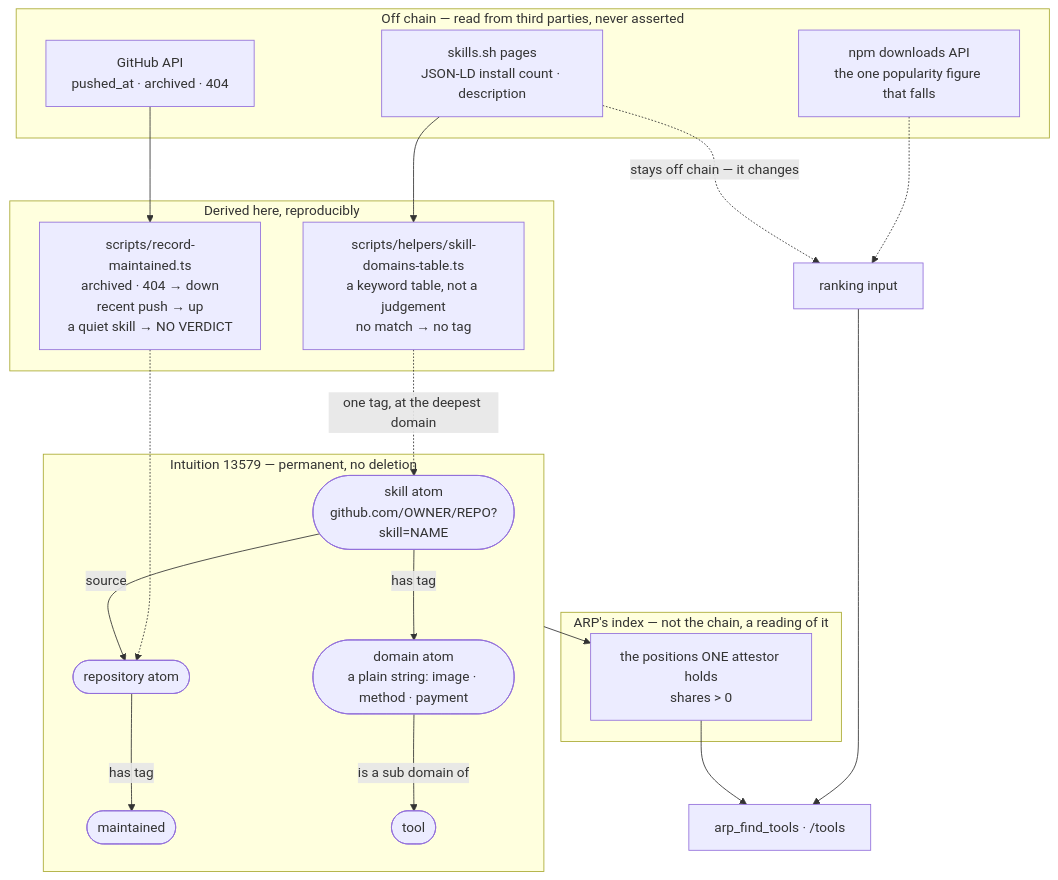
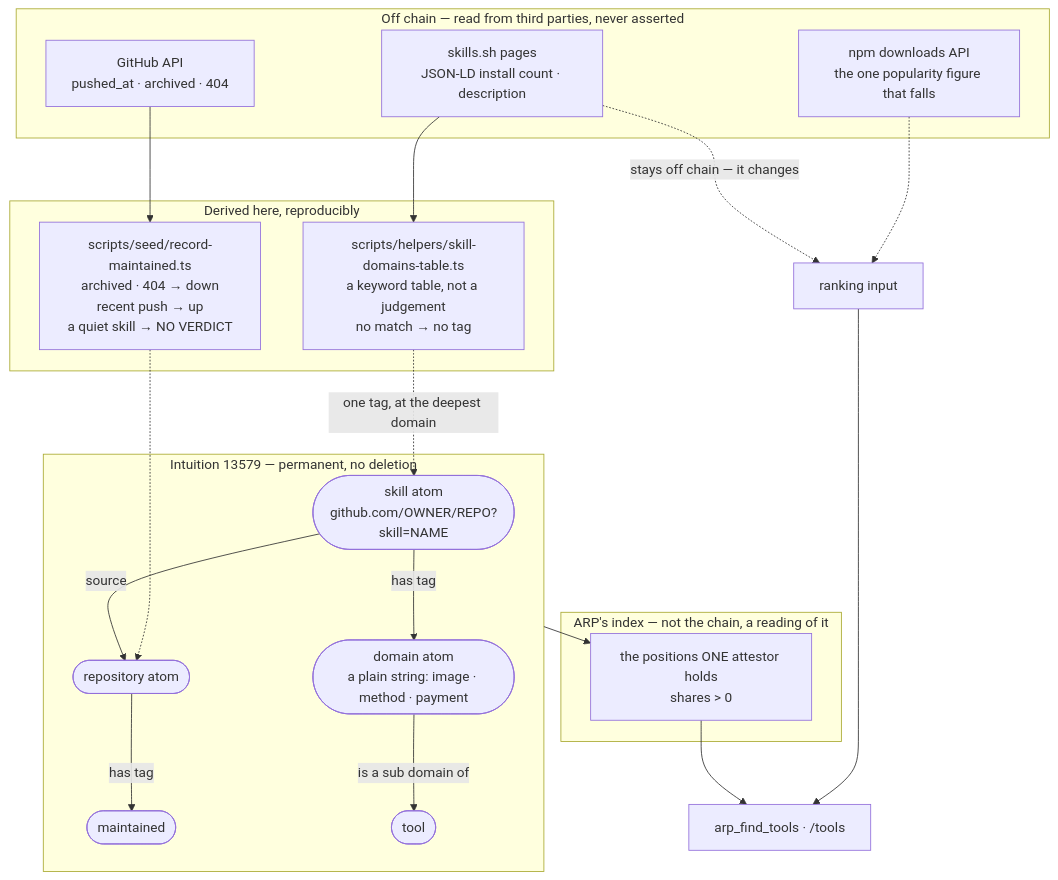
Before and after one commit to Wieedze/ARP: the diagram in docs/20_WHAT_A_SKILL_LOOKS_LIKE_ON_CHAIN.md, drawn with Mermaid. The commit also changed other lines of this file and 126 other files, not shown here.

First line of the commit message:
refactor(scripts): the flat scripts sort into agent/, seed/, build/, verify/, demo/, deploy/

````diff
--- a/docs/20_WHAT_A_SKILL_LOOKS_LIKE_ON_CHAIN.md
+++ b/docs/20_WHAT_A_SKILL_LOOKS_LIKE_ON_CHAIN.md
@@ -11,38 +11,38 @@
 ```mermaid
 flowchart TB
     subgraph OFF["Off chain — read from third parties, never asserted"]
         GH["GitHub API<br/>pushed_at · archived · 404"]
         SH["skills.sh pages<br/>JSON-LD install count · description"]
         NPM["npm downloads API<br/>the one popularity figure that falls"]
     end
 
     subgraph DERIVE["Derived here, reproducibly"]
         CLS["scripts/helpers/skill-domains-table.ts<br/>a keyword table, not a judgement<br/>no match → no tag"]
-        VER["scripts/record-maintained.ts<br/>archived · 404 → down<br/>recent push → up<br/>a quiet skill → NO VERDICT"]
+        VER["scripts/seed/record-maintained.ts<br/>archived · 404 → down<br/>recent push → up<br/>a quiet skill → NO VERDICT"]
     end
 
     subgraph CHAIN["Intuition 13579 — permanent, no deletion"]
         SK(["skill atom<br/>github.com/OWNER/REPO?skill=NAME"])
         RP(["repository atom"])
         DOM(["domain atom<br/>a plain string: image · method · payment"])
         MT(["maintained"])
         SK -->|source| RP
         SK -->|has tag| DOM
         RP -->|has tag| MT
         DOM -->|is a sub domain of| TOOL(["tool"])
     end
 
     subgraph INDEX["ARP's index — not the chain, a reading of it"]
         POS["the positions ONE attestor holds<br/>shares > 0"]
     end
 
     SH --> CLS
     GH --> VER
     CLS -.->|one tag, at the deepest domain| SK
     VER -.-> RP
     SH -.->|"stays off chain — it changes"| RANK["ranking input"]
     NPM -.-> RANK
     CHAIN --> POS
     POS --> MCP["arp_find_tools · /tools"]
     RANK --> MCP
 ```
````
